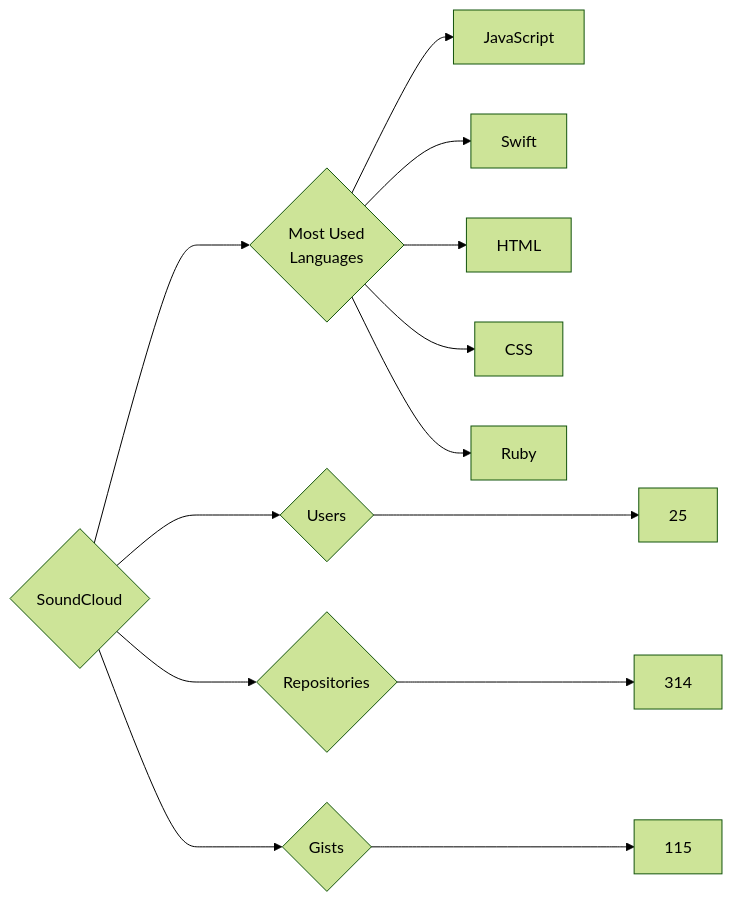
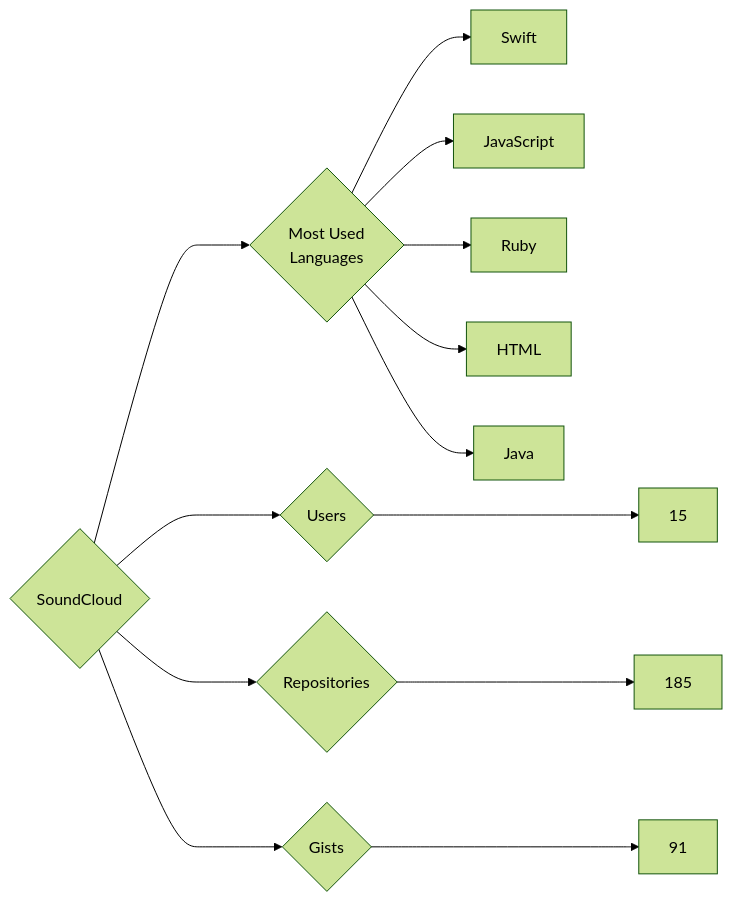
One commit to trickest/insiders changed the diagram in targets/SoundCloud/README.md. Above: the diagram before and after it, drawn with Mermaid (forest theme). The commit also changed 903 other files, not shown here.

````diff
--- a/targets/SoundCloud/README.md
+++ b/targets/SoundCloud/README.md
@@ -3,13 +3,13 @@
 ```mermaid
 graph LR
 COMPANY_NAME{SoundCloud}
-COMPANY_NAME ---> U{Users} ---> UN[25]
-COMPANY_NAME ---> R{Repositories} ---> RN[314]
-COMPANY_NAME ---> G{Gists} ---> GN[115]
+COMPANY_NAME ---> U{Users} ---> UN[15]
+COMPANY_NAME ---> R{Repositories} ---> RN[185]
+COMPANY_NAME ---> G{Gists} ---> GN[91]
 COMPANY_NAME ---> ML{Most Used<br>Languages}
+ML --> Swift[Swift]
 ML --> JavaScript[JavaScript]
-ML --> Swift[Swift]
+ML --> Ruby[Ruby]
 ML --> HTML[HTML]
-ML --> CSS[CSS]
-ML --> Ruby[Ruby]
+ML --> Java[Java]
 ```
````
